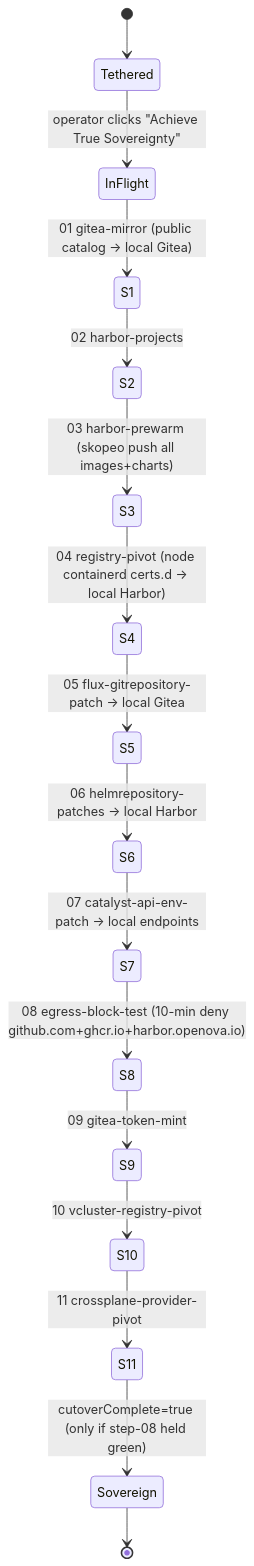
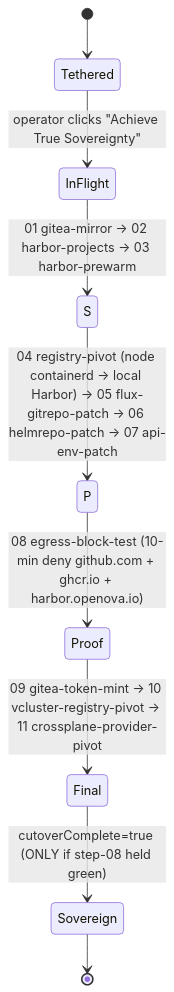
Diagram 13 of 16 in docs/SYSTEM-DESIGN.md (openova-io/openova), drawn with Mermaid before and after one commit. The commit also changed other lines of this file, not shown here.

````diff
--- a/docs/SYSTEM-DESIGN.md
+++ b/docs/SYSTEM-DESIGN.md
@@ -296,18 +415,11 @@
 ```mermaid
 stateDiagram-v2
   [*] --> Tethered
   Tethered --> InFlight: operator clicks "Achieve True Sovereignty"
-  InFlight --> S1: 01 gitea-mirror (public catalog → local Gitea)
-  S1 --> S2: 02 harbor-projects
-  S2 --> S3: 03 harbor-prewarm (skopeo push all images+charts)
-  S3 --> S4: 04 registry-pivot (node containerd certs.d → local Harbor)
-  S4 --> S5: 05 flux-gitrepository-patch → local Gitea
-  S5 --> S6: 06 helmrepository-patches → local Harbor
-  S6 --> S7: 07 catalyst-api-env-patch → local endpoints
-  S7 --> S8: 08 egress-block-test (10-min deny github.com+ghcr.io+harbor.openova.io)
-  S8 --> S9: 09 gitea-token-mint
-  S9 --> S10: 10 vcluster-registry-pivot
-  S10 --> S11: 11 crossplane-provider-pivot
-  S11 --> Sovereign: cutoverComplete=true (only if step-08 held green)
+  InFlight --> S: 01 gitea-mirror → 02 harbor-projects → 03 harbor-prewarm
+  S --> P: 04 registry-pivot (node containerd → local Harbor) → 05 flux-gitrepo-patch → 06 helmrepo-patch → 07 api-env-patch
+  P --> Proof: 08 egress-block-test (10-min deny github.com + ghcr.io + harbor.openova.io)
+  Proof --> Final: 09 gitea-token-mint → 10 vcluster-registry-pivot → 11 crossplane-provider-pivot
+  Final --> Sovereign: cutoverComplete=true (ONLY if step-08 held green)
   Sovereign --> [*]
 ```
````
